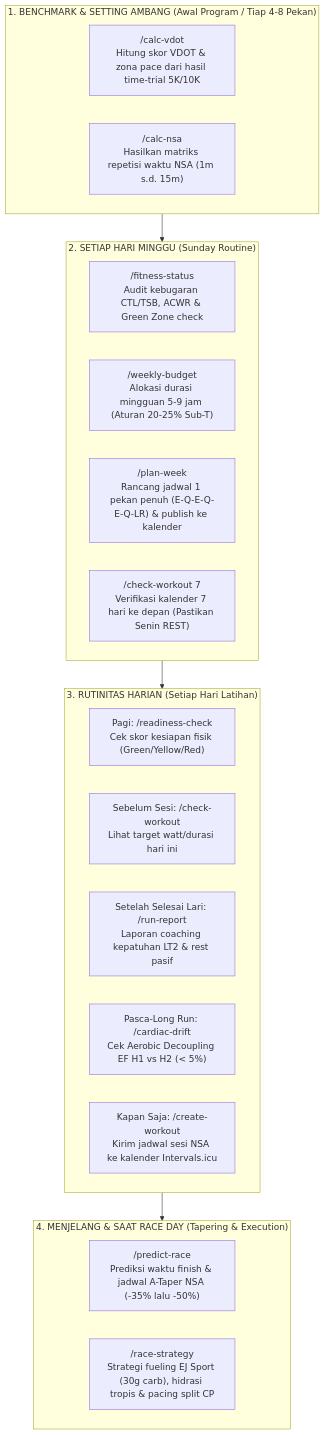
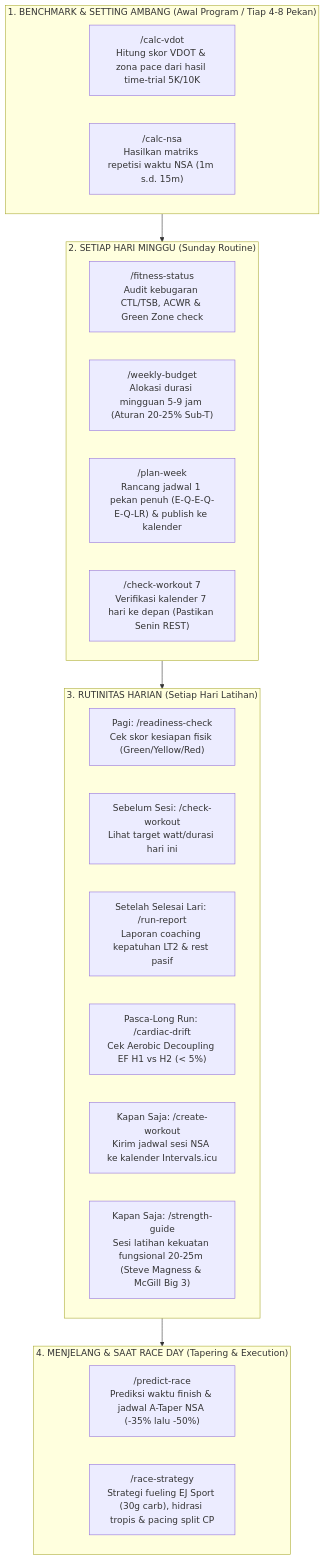
One commit to hadidwirsty/intervals-icu-mcp changed the diagram in docs/WORKFLOWS-GUIDE.md. Above: the diagram before and after it, drawn with Mermaid. The commit also changed other lines of this file and 23 other files, not shown here.

Commit message:
feat: sync Norwegian Singles intelligence, 2026 Session Cards, and strength-guide (Zero PII)

````diff
--- a/docs/WORKFLOWS-GUIDE.md
+++ b/docs/WORKFLOWS-GUIDE.md
@@ -10,31 +10,32 @@
 ```mermaid
 graph TD
     subgraph A["1. BENCHMARK & SETTING AMBANG (Awal Program / Tiap 4-8 Pekan)"]
         W1["/calc-vdot<br/>Hitung skor VDOT & zona pace dari hasil time-trial 5K/10K"]
         W2["/calc-nsa<br/>Hasilkan matriks repetisi waktu NSA (1m s.d. 15m)"]
     end
 
     subgraph B["2. SETIAP HARI MINGGU (Sunday Routine)"]
         W3["/fitness-status<br/>Audit kebugaran CTL/TSB, ACWR & Green Zone check"]
         W4["/weekly-budget<br/>Alokasi durasi mingguan 5-9 jam (Aturan 20-25% Sub-T)"]
         W5["/plan-week<br/>Rancang jadwal 1 pekan penuh (E-Q-E-Q-E-Q-LR) & publish ke kalender"]
         W6["/check-workout 7<br/>Verifikasi kalender 7 hari ke depan (Pastikan Senin REST)"]
     end
 
     subgraph C["3. RUTINITAS HARIAN (Setiap Hari Latihan)"]
         W7["Pagi: /readiness-check<br/>Cek skor kesiapan fisik (Green/Yellow/Red)"]
         W8["Sebelum Sesi: /check-workout<br/>Lihat target watt/durasi hari ini"]
         W9["Setelah Selesai Lari: /run-report<br/>Laporan coaching kepatuhan LT2 & rest pasif"]
         W10["Pasca-Long Run: /cardiac-drift<br/>Cek Aerobic Decoupling EF H1 vs H2 (< 5%)"]
         W11["Kapan Saja: /create-workout<br/>Kirim jadwal sesi NSA ke kalender Intervals.icu"]
+        W14["Kapan Saja: /strength-guide<br/>Sesi latihan kekuatan fungsional 20-25m (Steve Magness & McGill Big 3)"]
     end
 
     subgraph D["4. MENJELANG & SAAT RACE DAY (Tapering & Execution)"]
         W12["/predict-race<br/>Prediksi waktu finish & jadwal A-Taper NSA (-35% lalu -50%)"]
         W13["/race-strategy<br/>Strategi fueling EJ Sport (30g carb), hidrasi tropis & pacing split CP"]
     end
 
     A --> B
     B --> C
     C --> D
 ```
````
